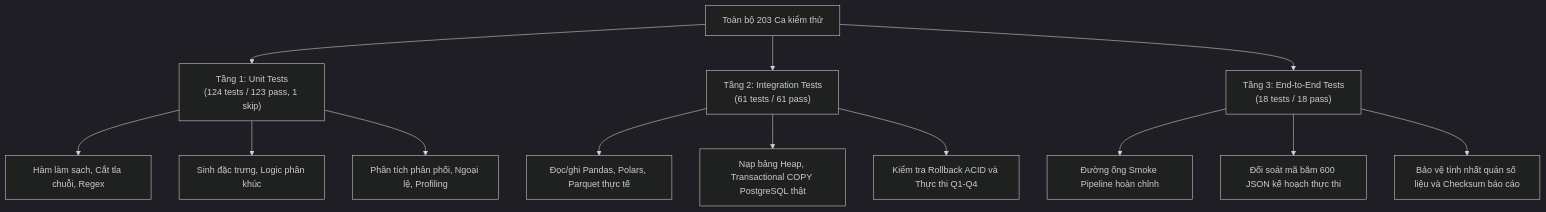
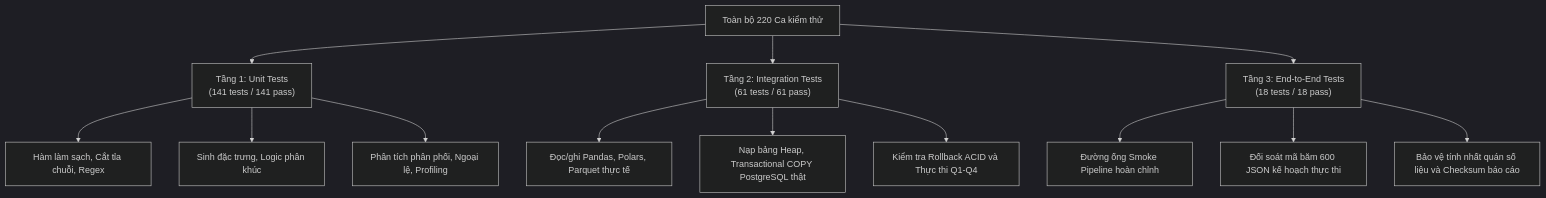
The diagram in report/test_validation.md (Chaumn/real-estate-performance), drawn with Mermaid (dark theme) before and after one commit. The commit also changed other lines of this file and 6 other files, not shown here.

````diff
--- a/report/test_validation.md
+++ b/report/test_validation.md
@@ -16,18 +16,18 @@
 ```mermaid
 graph TD
-    A["Toàn bộ 203 Ca kiểm thử"] --> B["Tầng 1: Unit Tests<br>(124 tests / 123 pass, 1 skip)"]
+    A["Toàn bộ 220 Ca kiểm thử"] --> B["Tầng 1: Unit Tests<br>(141 tests / 141 pass)"]
     A --> C["Tầng 2: Integration Tests<br>(61 tests / 61 pass)"]
     A --> D["Tầng 3: End-to-End Tests<br>(18 tests / 18 pass)"]
 
     B --> B1["Hàm làm sạch, Cắt tỉa chuỗi, Regex"]
     B --> B2["Sinh đặc trưng, Logic phân khúc"]
     B --> B3["Phân tích phân phối, Ngoại lệ, Profiling"]
 
     C --> C1["Đọc/ghi Pandas, Polars, Parquet thực tế"]
     C --> C2["Nạp bảng Heap, Transactional COPY PostgreSQL thật"]
     C --> C3["Kiểm tra Rollback ACID và Thực thi Q1-Q4"]
 
     D --> D1["Đường ống Smoke Pipeline hoàn chỉnh"]
     D --> D2["Đối soát mã băm 600 JSON kế hoạch thực thi"]
     D --> D3["Bảo vệ tính nhất quán số liệu và Checksum báo cáo"]
 ```
````
